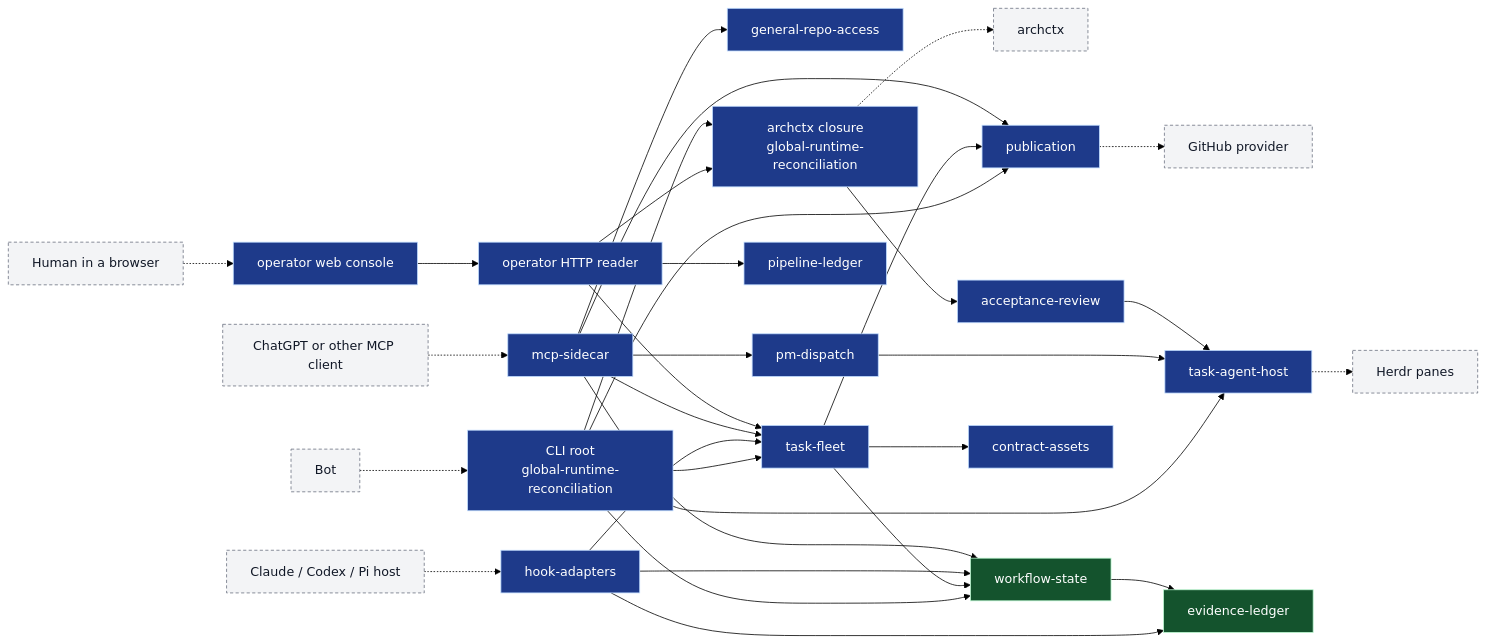
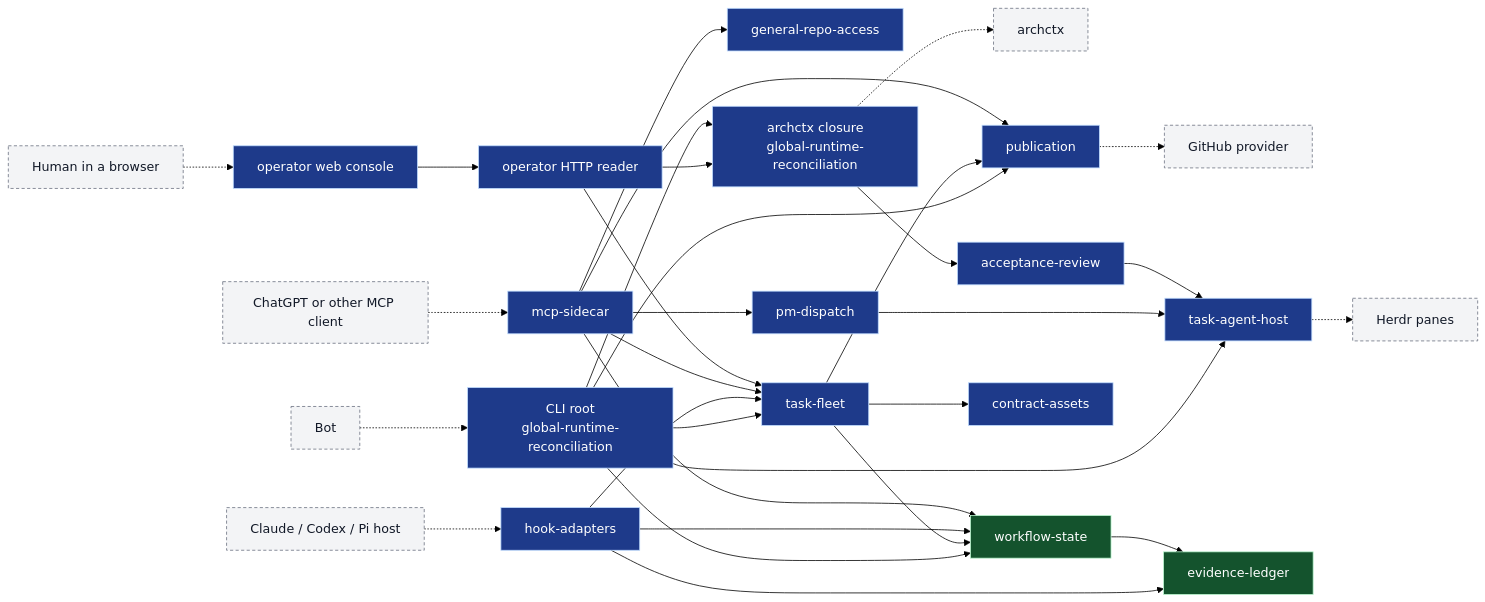
The diagram in docs/architecture/index.md (Ancienttwo/repo-harness), drawn with Mermaid (forest theme) before and after one commit. The commit also changed other lines of this file and 20 other files, not shown here.

````diff
--- a/docs/architecture/index.md
+++ b/docs/architecture/index.md
@@ -107,67 +107,65 @@
 ```mermaid
 flowchart LR
   classDef ext fill:#f3f4f6,stroke:#6b7280,color:#111827,stroke-dasharray:4 3
   classDef cap fill:#1e3a8a,stroke:#bfdbfe,color:#ffffff
   classDef store fill:#14532d,stroke:#bbf7d0,color:#ffffff
 
   Bot["Bot"]:::ext
   Host["Claude / Codex / Pi host"]:::ext
   Client["ChatGPT or other MCP client"]:::ext
   Human["Human in a browser"]:::ext
   Herdr["Herdr panes"]:::ext
   Provider["GitHub provider"]:::ext
   Archctx["archctx"]:::ext
 
   CLI["CLI root<br/>global-runtime-reconciliation"]:::cap
   Hooks["hook-adapters"]:::cap
   MCP["mcp-sidecar"]:::cap
   Repo["general-repo-access"]:::cap
   Console["operator web console"]:::cap
   OpServer["operator HTTP reader"]:::cap
   Closure["archctx closure<br/>global-runtime-reconciliation"]:::cap
   Fleet["task-fleet"]:::cap
   Pub["publication"]:::cap
   PM["pm-dispatch"]:::cap
   TAH["task-agent-host"]:::cap
   Review["acceptance-review"]:::cap
-  Pipe["pipeline-ledger"]:::cap
   WS["workflow-state"]:::store
   EL["evidence-ledger"]:::store
   CA["contract-assets"]:::cap
 
   Bot -.-> CLI
   CLI --> Fleet
   CLI --> TAH
   CLI --> WS
   CLI --> Pub
   Fleet --> WS
   Fleet --> CA
   Fleet --> Pub
   TAH -.-> Herdr
   Pub -.-> Provider
 
   Host -.-> Hooks
   Hooks --> WS
   Hooks --> EL
   Hooks --> Fleet
 
   Client -.-> MCP
   MCP --> PM
   MCP --> Fleet
   MCP --> Pub
   MCP --> Repo
   MCP --> WS
   PM --> TAH
 
   Human -.-> Console
   Console --> OpServer
   OpServer --> Fleet
-  OpServer --> Pipe
   OpServer --> Closure
 
   CLI --> Closure
   Closure -.-> Archctx
   Closure --> Review
   Review --> TAH
   WS --> EL
 ```
````
